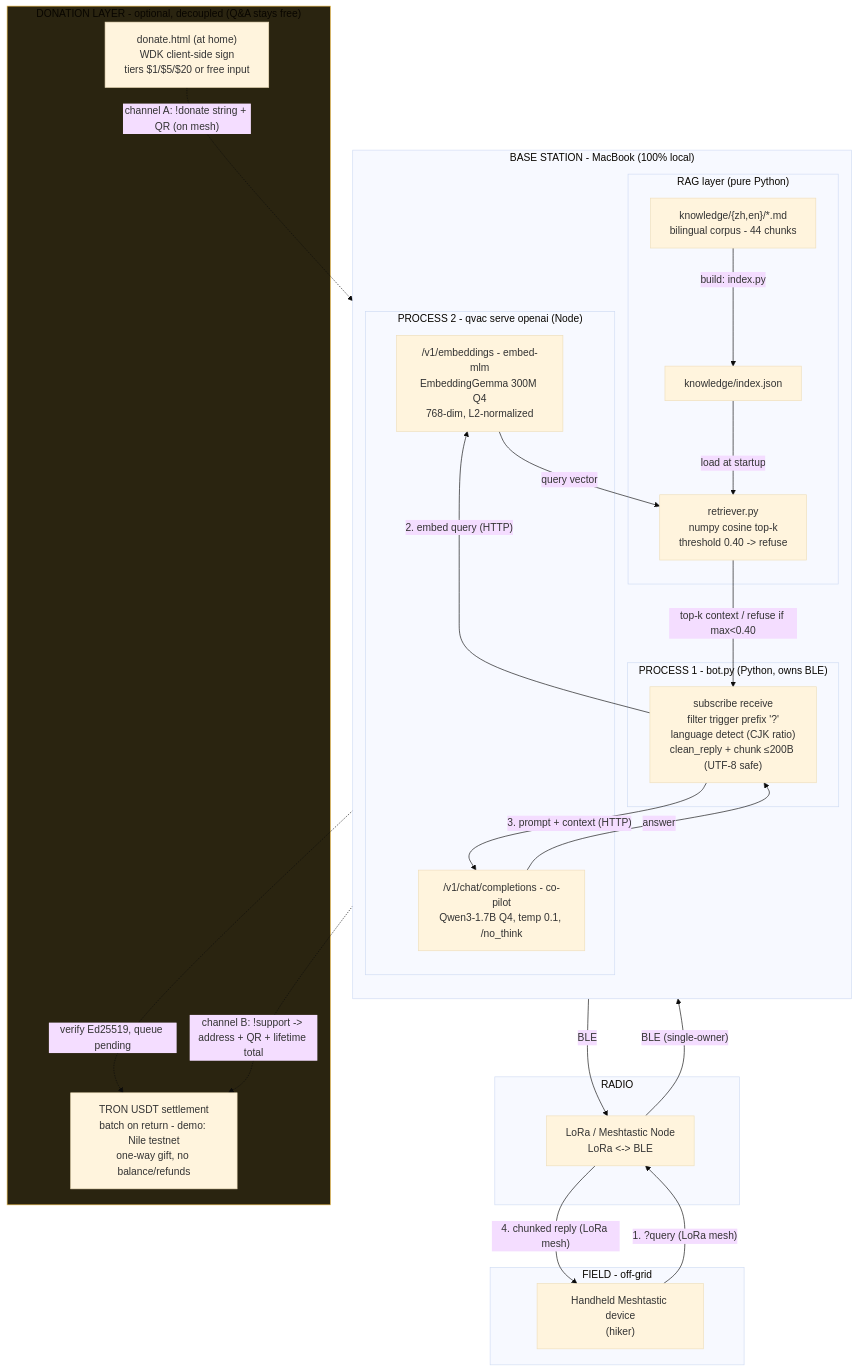
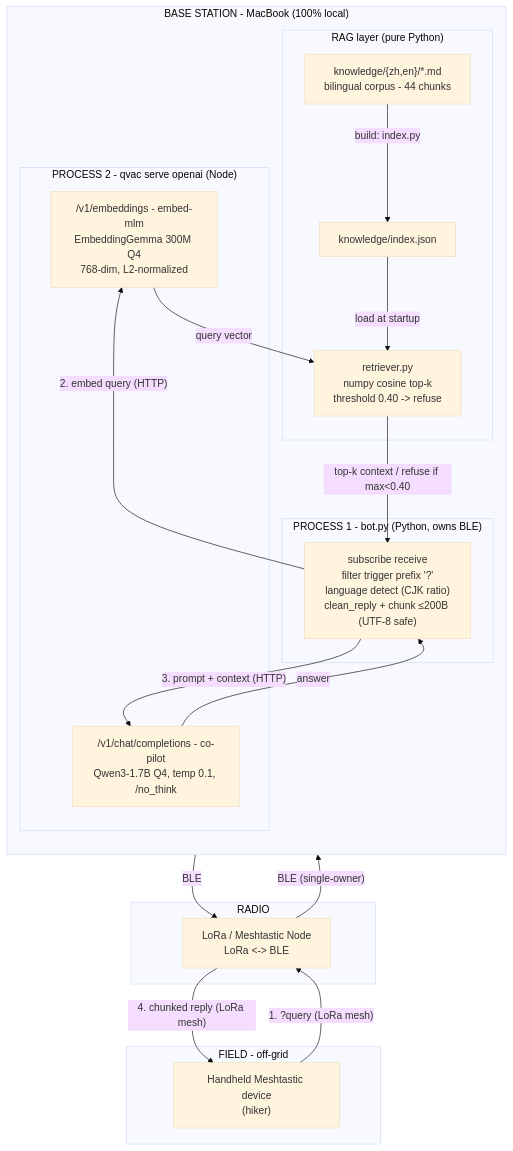
The diagram in architecture.md (Chriskatz/survival-copilot), drawn with Mermaid (base theme) before and after one commit. The commit also changed other lines of this file and 5 other files, not shown here.

First line of the commit message:
Drop donation / Tether WDK feature

````diff
--- a/architecture.md
+++ b/architecture.md
@@ -9,48 +9,38 @@
 ```mermaid
 flowchart TB
     subgraph FIELD["FIELD - off-grid"]
         H["Handheld Meshtastic device<br/>(hiker)"]
     end
 
     subgraph RADIO["RADIO"]
         W["LoRa / Meshtastic Node<br/>LoRa &lt;-&gt; BLE"]
     end
 
     subgraph MAC["BASE STATION - MacBook (100% local)"]
         direction TB
         subgraph P1["PROCESS 1 - bot.py (Python, owns BLE)"]
             BOT["subscribe receive<br/>filter trigger prefix '?'<br/>language detect (CJK ratio)<br/>clean_reply + chunk &le;200B (UTF-8 safe)"]
         end
         subgraph RAGL["RAG layer (pure Python)"]
             COR["knowledge/{zh,en}/*.md<br/>bilingual corpus - 44 chunks"]
             IDX["knowledge/index.json"]
             RET["retriever.py<br/>numpy cosine top-k<br/>threshold 0.40 -> refuse"]
         end
         subgraph P2["PROCESS 2 - qvac serve openai (Node)"]
             EMB["/v1/embeddings - embed-mlm<br/>EmbeddingGemma 300M Q4<br/>768-dim, L2-normalized"]
             LLM["/v1/chat/completions - co-pilot<br/>Qwen3-1.7B Q4, temp 0.1, /no_think"]
         end
     end
 
-    subgraph DON["DONATION LAYER - optional, decoupled (Q&amp;A stays free)"]
-        DGEN["donate.html (at home)<br/>WDK client-side sign<br/>tiers $1/$5/$20 or free input"]
-        TRON["TRON USDT settlement<br/>batch on return - demo: Nile testnet<br/>one-way gift, no balance/refunds"]
-    end
-
     H   -- "1. ?query (LoRa mesh)" --> W
     W   -- "BLE (single-owner)"     --> BOT
     BOT -- "2. embed query (HTTP)"  --> EMB
     EMB -- "query vector"           --> RET
     COR -- "build: index.py"        --> IDX
     IDX -- "load at startup"        --> RET
     RET -- "top-k context / refuse if max&lt;0.40" --> BOT
     BOT -- "3. prompt + context (HTTP)" --> LLM
     LLM -- "answer"                 --> BOT
     BOT -- "BLE"                    --> W
     W   -- "4. chunked reply (LoRa mesh)" --> H
-
-    DGEN -. "channel A: !donate string + QR (on mesh)" .-> BOT
-    BOT  -. "verify Ed25519, queue pending" .-> TRON
-    BOT  -. "channel B: !support -> address + QR + lifetime total" .-> TRON
-    style DON fill:#2a2410,stroke:#e3b341
 ```
````
